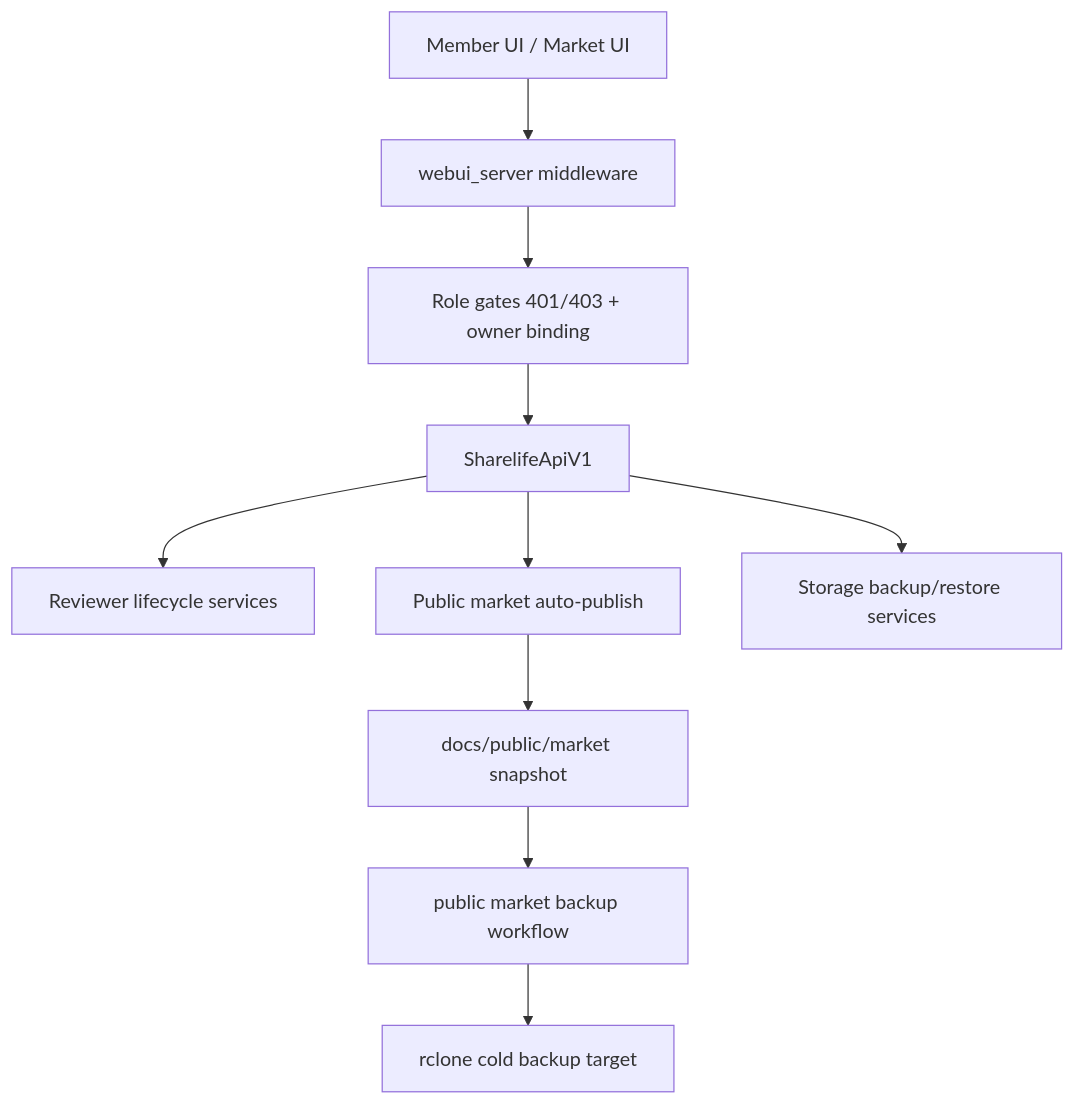
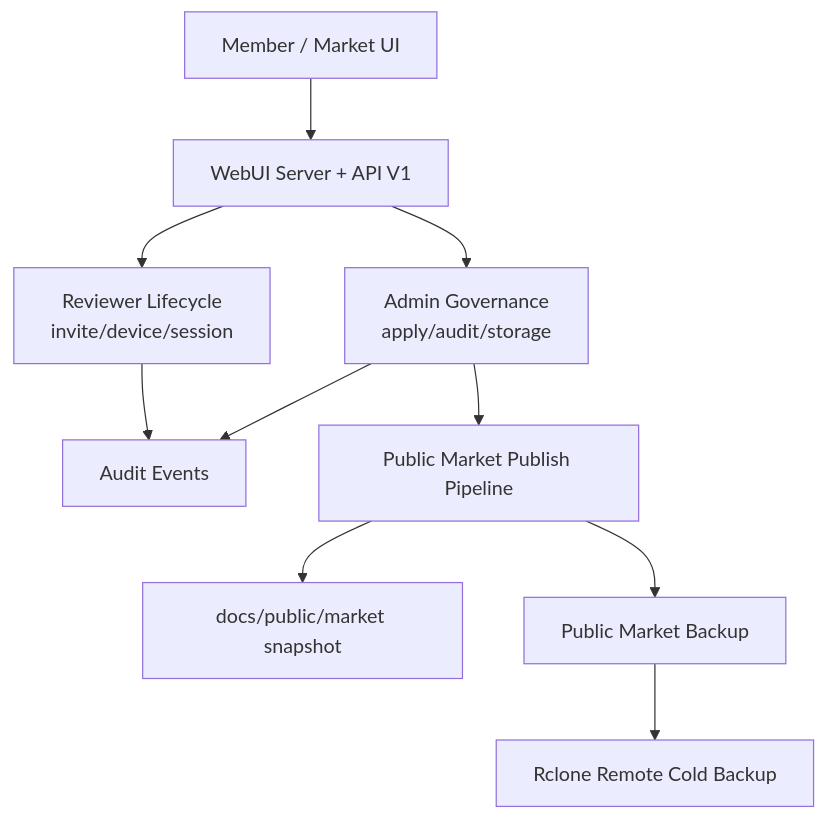
Before and after one commit to Jacobinwwey/astrbot_plugin_sharelife: the diagram in docs/brainstorms/2026-04-06-execution-direction-gap-closure-requirements.md, drawn with Mermaid. The commit also changed other lines of this file and 119 other files, not shown here.

Commit message:
feat(member): sync import flow and public docs guardrails

````diff
--- a/docs/brainstorms/2026-04-06-execution-direction-gap-closure-requirements.md
+++ b/docs/brainstorms/2026-04-06-execution-direction-gap-closure-requirements.md
@@ -19,12 +17,14 @@
 ```mermaid
 flowchart TB
-    U[Member UI / Market UI] --> S[webui_server middleware]
-    S --> A[Role gates 401/403 + owner binding]
-    A --> API[SharelifeApiV1]
-    API --> REV[Reviewer lifecycle services]
-    API --> PM[Public market auto-publish]
-    API --> SB[Storage backup/restore services]
-    PM --> SNAP[docs/public/market snapshot]
-    SNAP --> BAK[public market backup workflow]
-    BAK --> RCLONE[rclone cold backup target]
+    M[Member / Market UI] --> API[WebUI Server + API V1]
+    API --> REV[Reviewer Lifecycle
+invite/device/session]
+    API --> ADM[Admin Governance
+apply/audit/storage]
+    REV --> AUD[Audit Events]
+    ADM --> AUD
+    ADM --> PUB[Public Market Publish Pipeline]
+    PUB --> SNAP[docs/public/market snapshot]
+    PUB --> BAK[Public Market Backup]
+    BAK --> REMOTE[Rclone Remote Cold Backup]
 ```
````
